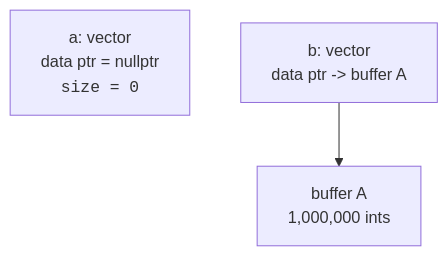
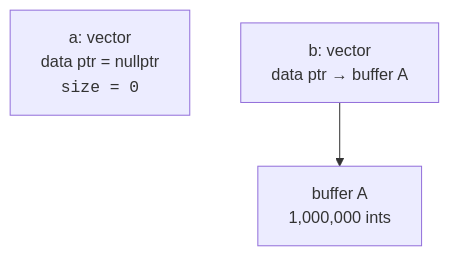
The second of 2 diagrams in content/courses/from-zero-to-cpp/move-semantics-intuition.mdx (dataslope/dataslope), drawn with Mermaid before and after one commit. The commit also changed other lines of this file and 26 other files, not shown here.

````diff
--- a/content/courses/from-zero-to-cpp/move-semantics-intuition.mdx
+++ b/content/courses/from-zero-to-cpp/move-semantics-intuition.mdx
@@ -35,5 +35,5 @@
 ```mermaid
 flowchart TD
     A2["a: vector<br/>data ptr = nullptr<br/><code>size = 0</code>"]
-    B2["b: vector<br/>data ptr -> buffer A"] --> BA2["buffer A<br/>1,000,000 ints"]
+    B2["b: vector<br/>data ptr → buffer A"] --> BA2["buffer A<br/>1,000,000 ints"]
 ```
````
